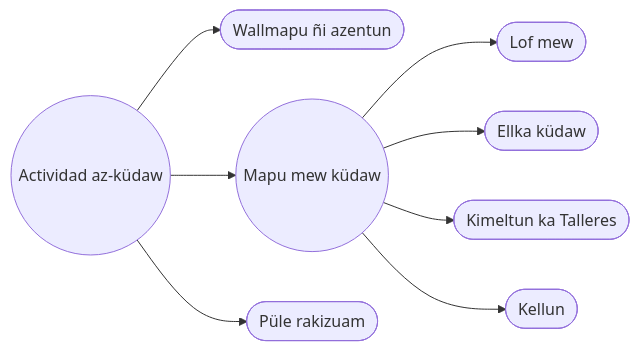
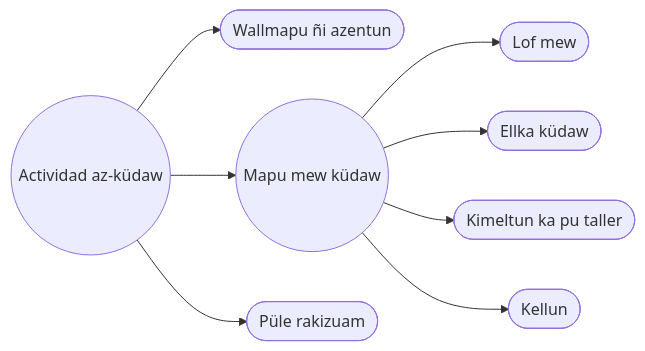
The diagram in MPD/accion.md (EGGS-Artesvisuales/EGGS-Artesvisuales.github.io), drawn with Mermaid before and after one commit. The commit also changed other lines of this file and 11 other files, not shown here.

```diff
--- a/MPD/accion.md
+++ b/MPD/accion.md
@@ -15,22 +15,22 @@
 <div class="mermaid">
 flowchart LR
   A((Actividad az-küdaw)) --> B([Wallmapu ñi azentun])
   A --> C((Mapu mew küdaw))
   A --> D([Püle rakizuam])
 
   C --> C1([Lof mew])
   C --> C2([Ellka küdaw])
-  C --> C3([Kimeltun ka Talleres])
+  C --> C3([Kimeltun ka pu taller])
   C --> C4([Kellun])
 
   %% Clicks (todos los nodos clickeables)
   click A "/MPD/index.html" "Amun: Actividad az-küdaw"
   click B "/MPD/mundo-exterior.html" "Amun: Wallmapu ñi azentun"
   click C "/MPD/accion.html" "Amun: Mapu mew küdaw"
   click D "/MPD/interior.html" "Amun: Püle rakizuam"
 
   click C1 "/MPD/comunitario.html" "Amun: Lof mew"
   click C2 "/MPD/subrepticio.html" "Amun: Ellka küdaw"
-  click C3 "/MPD/docencia.html" "Amun: Kimeltun ka Talleres"
+  click C3 "/MPD/docencia.html" "Amun: Kimeltun ka pu taller"
   click C4 "/MPD/servicios.html" "Amun: Kellun"
 </div>
```
